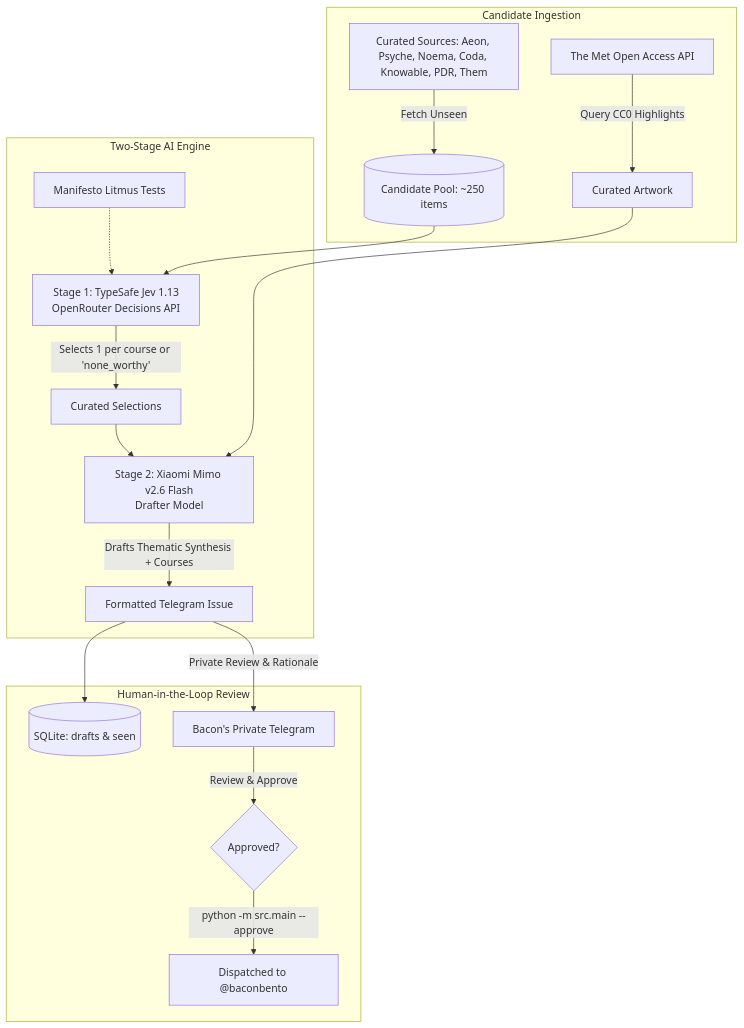
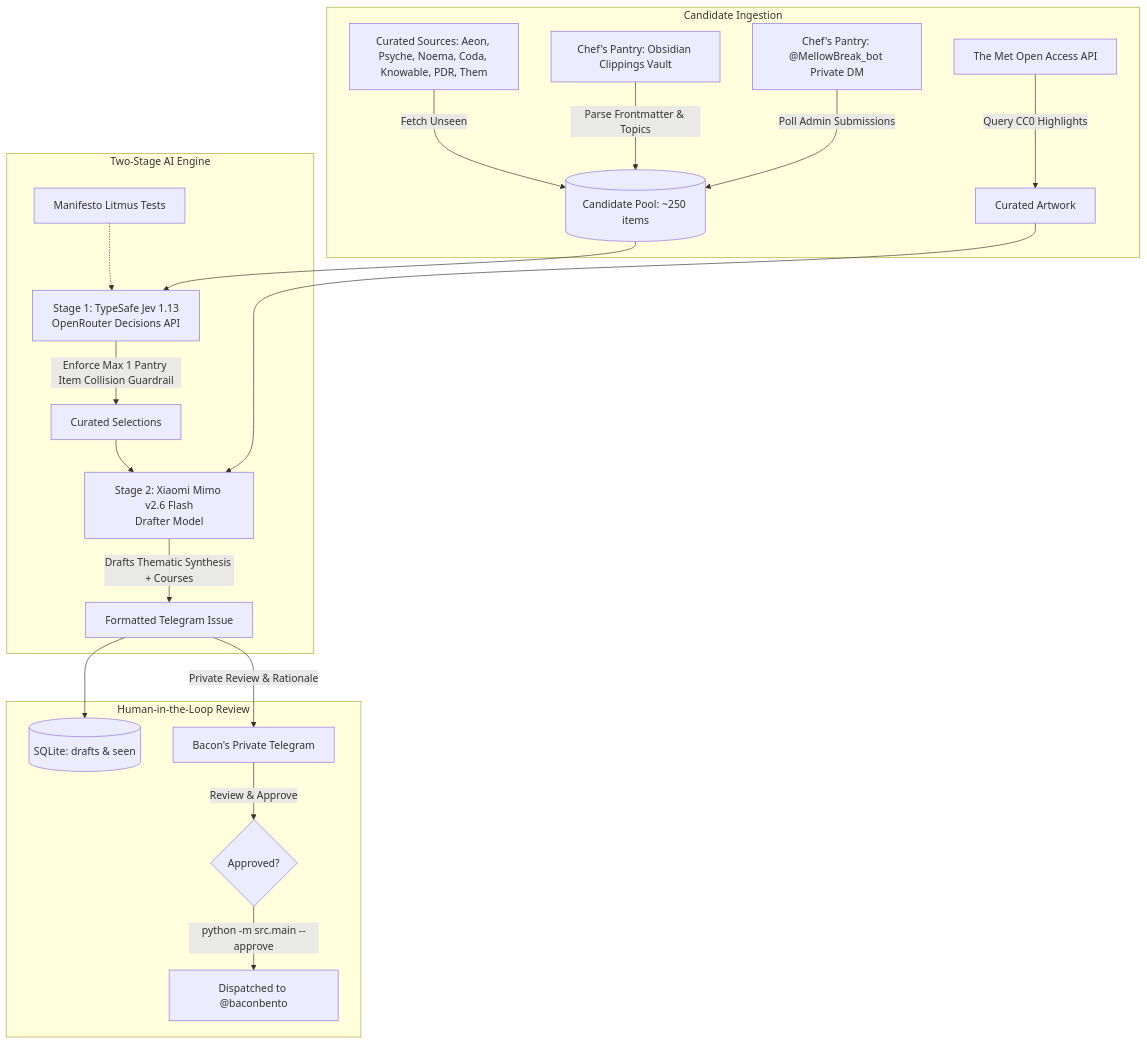
The diagram in docs/SYSTEM_ARCHITECTURE.md (pigarmahdar/Bacons-Bento), drawn with Mermaid before and after one commit. The commit also changed 8 other files, not shown here.

Commit message:
feat: incorporate Chef's Pantry ingestion engine (Obsidian & Telegram bot)

````diff
--- a/docs/SYSTEM_ARCHITECTURE.md
+++ b/docs/SYSTEM_ARCHITECTURE.md
@@ -64,23 +64,25 @@
 ```mermaid
 flowchart TD
     subgraph Candidate Ingestion
         RSS[Curated Sources: Aeon, Psyche, Noema, Coda, Knowable, PDR, Them] -->|Fetch Unseen| Pool[(Candidate Pool: ~250 items)]
+        Obsidian["Chef's Pantry: Obsidian Clippings Vault"] -->|Parse Frontmatter & Topics| Pool
+        TelegramDM["Chef's Pantry: @MellowBreak_bot Private DM"] -->|Poll Admin Submissions| Pool
         MetAPI[The Met Open Access API] -->|Query CC0 Highlights| MetArt[Curated Artwork]
     end
 
     subgraph Two-Stage AI Engine
         Pool --> Jev[Stage 1: TypeSafe Jev 1.13<br/>OpenRouter Decisions API]
         Manifesto[Manifesto Litmus Tests] -.-> Jev
-        Jev -->|Selects 1 per course or 'none_worthy'| Selections[Curated Selections]
+        Jev -->|Enforce Max 1 Pantry Item Collision Guardrail| Selections[Curated Selections]
         Selections --> Mimo[Stage 2: Xiaomi Mimo v2.6 Flash<br/>Drafter Model]
         MetArt --> Mimo
         Mimo -->|Drafts Thematic Synthesis + Courses| DraftPkg[Formatted Telegram Issue]
     end
 
     subgraph Human-in-the-Loop Review
         DraftPkg --> DB[(SQLite: drafts & seen)]
         DraftPkg -->|Private Review & Rationale| AdminChat[Bacon's Private Telegram]
         AdminChat -->|Review & Approve| Approval{Approved?}
         Approval -->|python -m src.main --approve| PublicChannel[Dispatched to @baconbento]
     end
 ```
````
